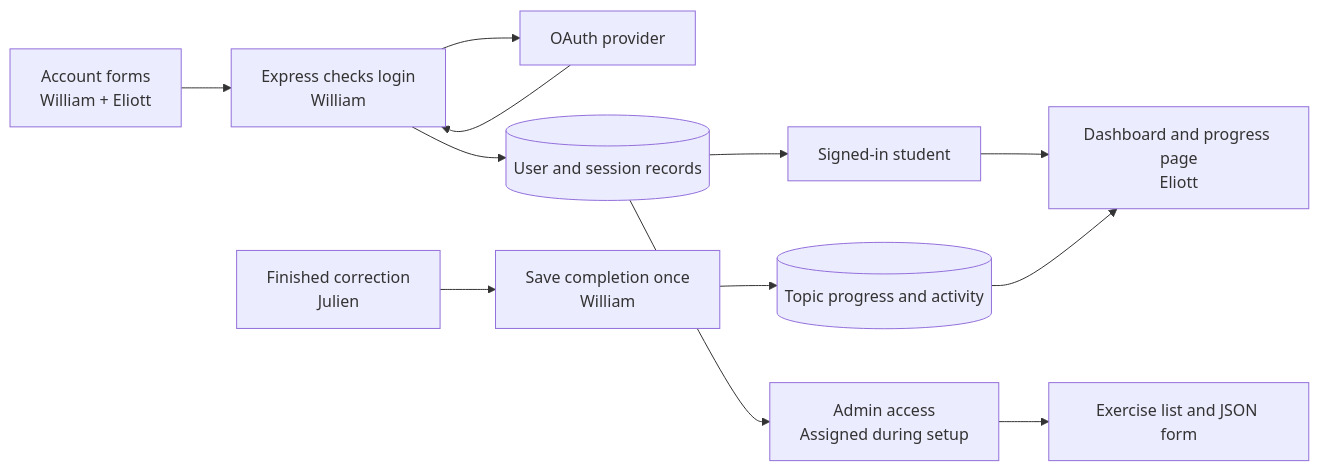
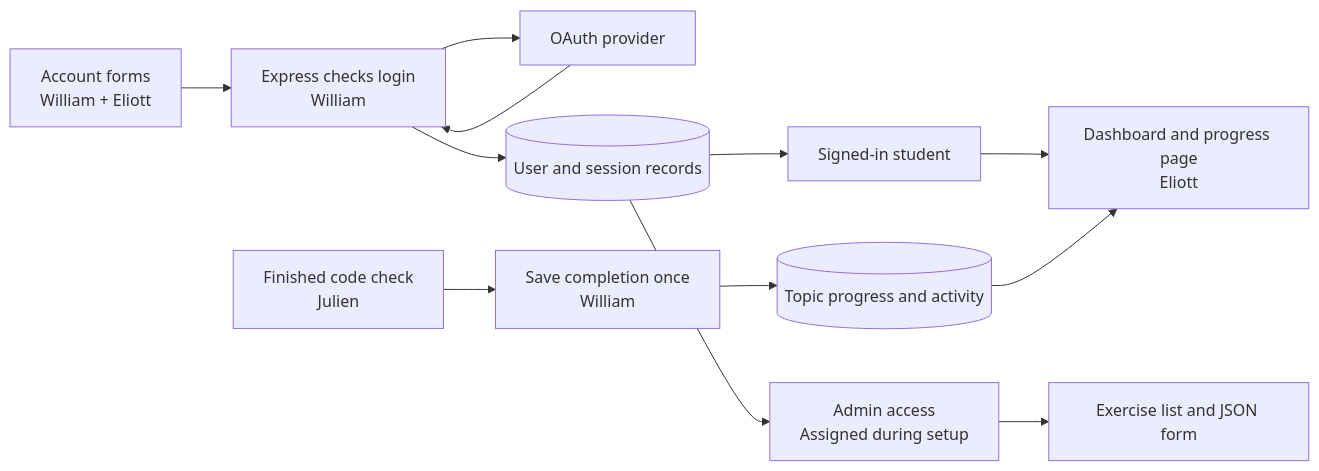
Before and after one commit to Rspinelli93/Trancendece: the diagram in option-3/Diagrams/01-accounts-and-progress.mmd, drawn with Mermaid. The commit also changed 24 other files, not shown here.

```diff
--- a/option-3/Diagrams/01-accounts-and-progress.mmd
+++ b/option-3/Diagrams/01-accounts-and-progress.mmd
@@ -1,22 +1,22 @@
 flowchart LR
     Page["Account forms<br/>William + Eliott"]
     Auth["Express checks login<br/>William"]
     OAuth["OAuth provider"]
     Session[("User and session records")]
     Student["Signed-in student"]
     Admin["Admin access<br/>Assigned during setup"]
-    Result["Finished correction<br/>Julien"]
+    Result["Finished code check<br/>Julien"]
     Save["Save completion once<br/>William"]
     Progress[("Topic progress and activity")]
     View["Dashboard and progress page<br/>Eliott"]
     Page --> Auth
     Auth --> OAuth
     OAuth --> Auth
     Auth --> Session
     Session --> Student
     Session --> Admin
     Result --> Save
     Save --> Progress
     Student --> View
     Progress --> View
     Admin --> Edit["Exercise list and JSON form"]
```
